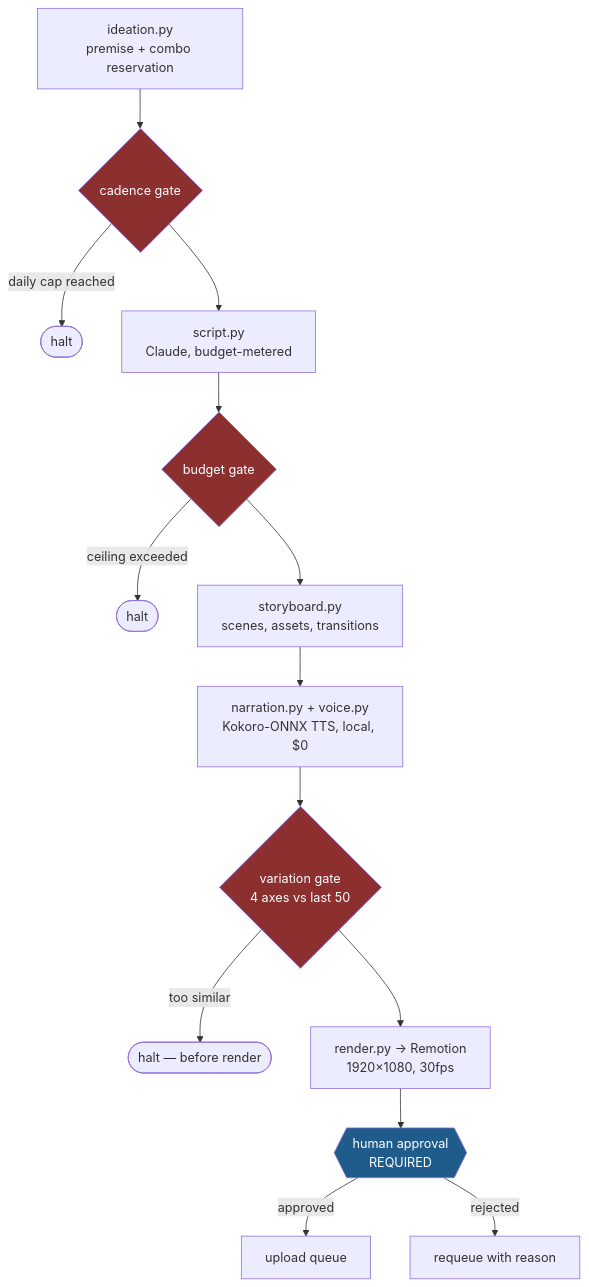
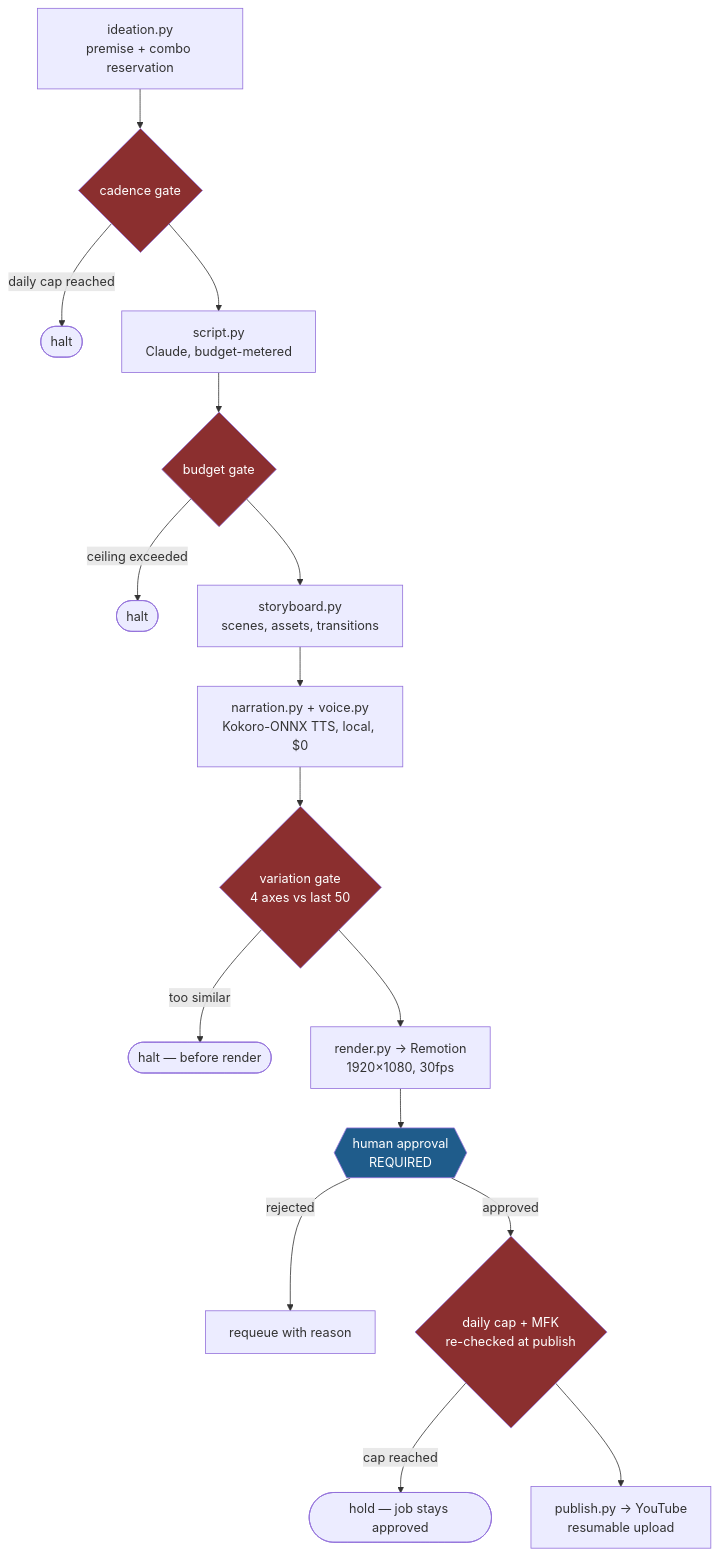
One commit to codcreater1/gated-video-pipeline changed the diagram in README.md. Above: the diagram before and after it, drawn with Mermaid. The commit also changed other lines of this file and 7 other files, not shown here.

First line of the commit message:
Add core/publish.py — YouTube upload, the pipeline's irreversible step

````diff
--- a/README.md
+++ b/README.md
@@ -47,21 +47,24 @@
 ```mermaid
 flowchart TD
     A[ideation.py<br/>premise + combo reservation] --> B{cadence gate}
     B -->|daily cap reached| STOP1([halt])
     B --> C[script.py<br/>Claude, budget-metered]
     C --> D{budget gate}
     D -->|ceiling exceeded| STOP2([halt])
     D --> E[storyboard.py<br/>scenes, assets, transitions]
     E --> F[narration.py + voice.py<br/>Kokoro-ONNX TTS, local, $0]
     F --> G{variation gate<br/>4 axes vs last 50}
     G -->|too similar| STOP3([halt — before render])
     G --> H[render.py → Remotion<br/>1920×1080, 30fps]
     H --> I{{human approval<br/>REQUIRED}}
-    I -->|approved| J[upload queue]
     I -->|rejected| K[requeue with reason]
+    I -->|approved| L{daily cap + MFK<br/>re-checked at publish}
+    L -->|cap reached| STOP4([hold — job stays approved])
+    L --> M[publish.py → YouTube<br/>resumable upload]
 
+    style B fill:#8b2f2f,color:#fff
+    style D fill:#8b2f2f,color:#fff
     style G fill:#8b2f2f,color:#fff
-    style D fill:#8b2f2f,color:#fff
-    style B fill:#8b2f2f,color:#fff
+    style L fill:#8b2f2f,color:#fff
     style I fill:#1f5c8b,color:#fff
 ```
````
